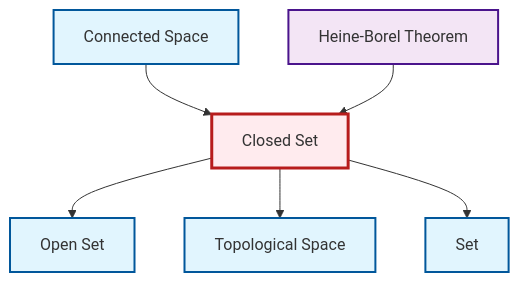
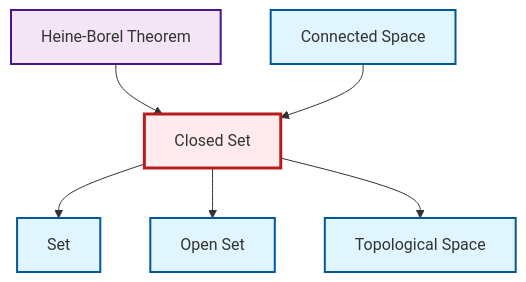
Before and after one commit to RK0429/ModernMath: the diagram in output/mermaid/en/def-closed-set.mermaid, drawn with Mermaid. The commit also changed other lines of this file and 3216 other files, not shown here.

```diff
--- a/output/mermaid/en/def-closed-set.mermaid
+++ b/output/mermaid/en/def-closed-set.mermaid
@@ -1,18 +1,18 @@
 graph TD
     classDef definition fill:#e1f5fe,stroke:#01579b,stroke-width:2px
     classDef theorem fill:#f3e5f5,stroke:#4a148c,stroke-width:2px
     classDef axiom fill:#fff3e0,stroke:#e65100,stroke-width:2px
     classDef example fill:#e8f5e9,stroke:#1b5e20,stroke-width:2px
     classDef current fill:#ffebee,stroke:#b71c1c,stroke-width:3px
-    def-topological-space["Topological Space"]:::definition
     def-connected["Connected Space"]:::definition
-    def-closed-set["Closed Set"]:::definition
     def-set["Set"]:::definition
     def-open-set["Open Set"]:::definition
+    def-closed-set["Closed Set"]:::definition
+    def-topological-space["Topological Space"]:::definition
     thm-heine-borel["Heine-Borel Theorem"]:::theorem
-    def-closed-set --> def-open-set
-    def-closed-set --> def-topological-space
-    def-connected --> def-closed-set
     thm-heine-borel --> def-closed-set
     def-closed-set --> def-set
+    def-closed-set --> def-open-set
+    def-connected --> def-closed-set
+    def-closed-set --> def-topological-space
     class def-closed-set current
```
